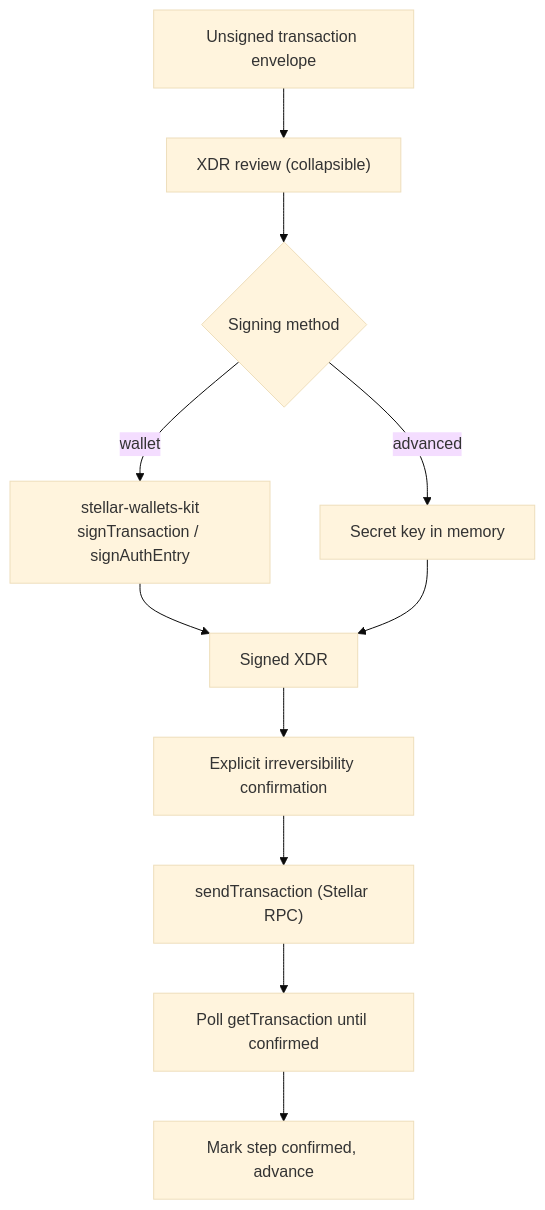
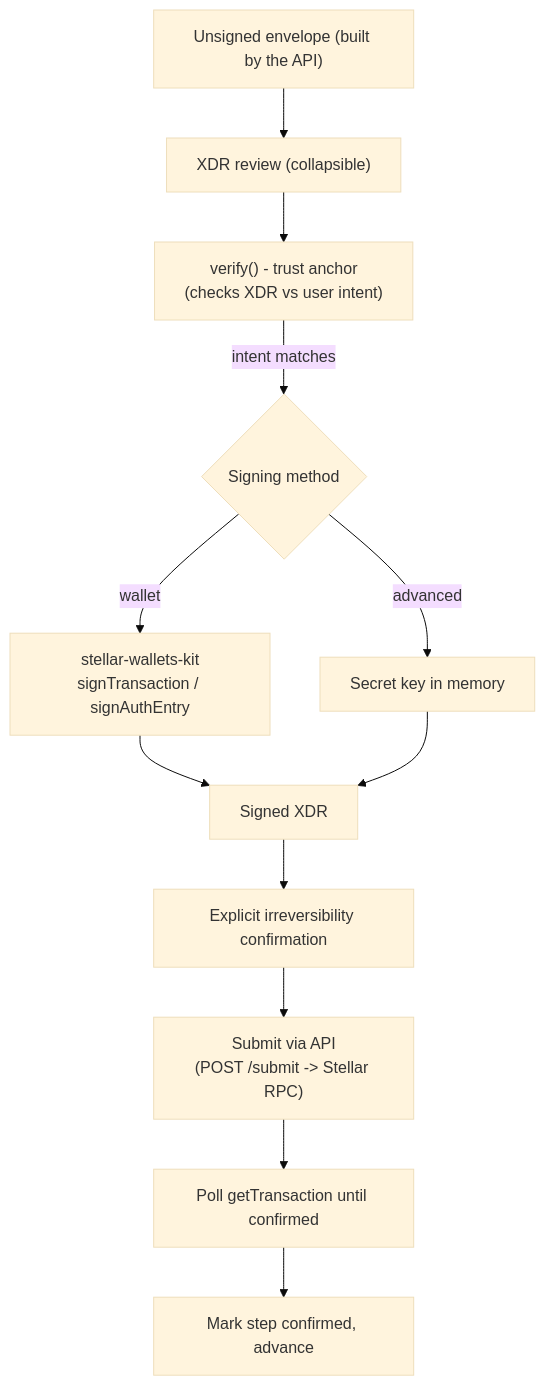
One commit to LumenWipe/lumenwipe changed the diagram in docs/diagrams/04-signing-flow.mmd. Above: the diagram before and after it, drawn with Mermaid (base theme). The commit also changed 22 other files, not shown here.

First line of the commit message:
docs: update architecture.md, CLAUDE.md, diagrams, and README for the monorepo/API-first split (#51) (#83)

```diff
--- a/docs/diagrams/04-signing-flow.mmd
+++ b/docs/diagrams/04-signing-flow.mmd
@@ -1,11 +1,12 @@
 flowchart TB
-    env["Unsigned transaction envelope"] --> review["XDR review (collapsible)"]
-    review --> choice{"Signing method"}
+    env["Unsigned envelope (built by the API)"] --> review["XDR review (collapsible)"]
+    review --> verify["verify() - trust anchor<br/>(checks XDR vs user intent)"]
+    verify -->|"intent matches"| choice{"Signing method"}
     choice -->|"wallet"| kit["stellar-wallets-kit<br/>signTransaction / signAuthEntry"]
     choice -->|"advanced"| key["Secret key in memory"]
     kit --> signed["Signed XDR"]
     key --> signed
     signed --> confirm["Explicit irreversibility confirmation"]
-    confirm --> send["sendTransaction (Stellar RPC)"]
+    confirm --> send["Submit via API<br/>(POST /submit -> Stellar RPC)"]
     send --> poll["Poll getTransaction until confirmed"]
     poll --> next["Mark step confirmed, advance"]
```
